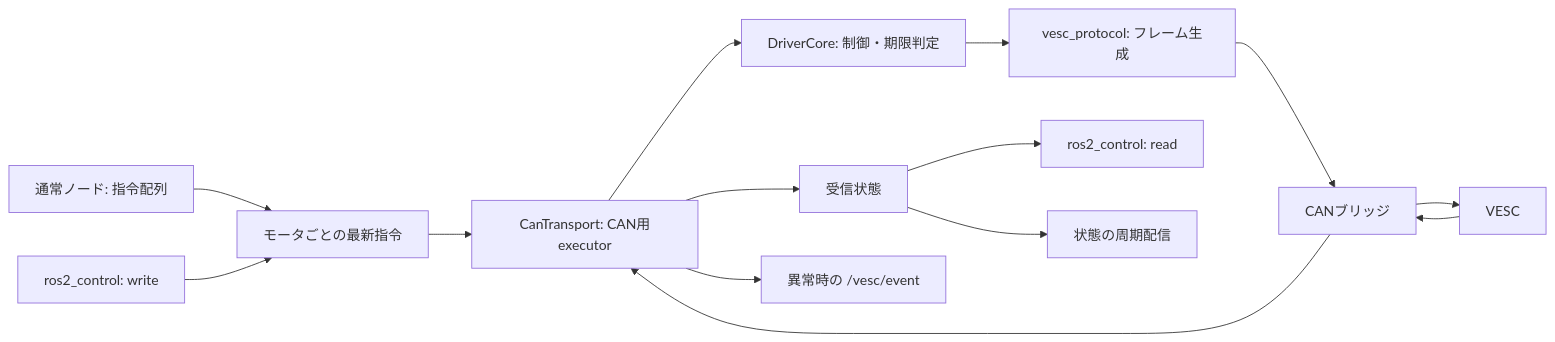
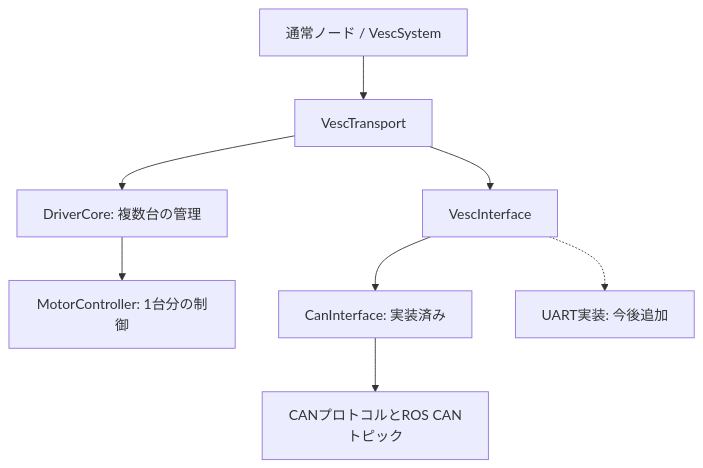
Before and after one commit to ryo-0723/vesc_can_ros2_control: the diagram in docs/architecture.md, drawn with Mermaid. The commit also changed other lines of this file and 34 other files, not shown here.

````diff
--- a/docs/architecture.md
+++ b/docs/architecture.md
@@ -50,16 +25,10 @@
 ```mermaid
-flowchart LR
-  N[通常ノード: 指令配列] --> M[モータごとの最新指令]
-  H[ros2_control: write] --> M
-  M --> T[CanTransport: CAN用executor]
-  T --> D[DriverCore: 制御・期限判定]
-  D --> P[vesc_protocol: フレーム生成]
-  P --> B[CANブリッジ]
-  B --> V[VESC]
-  V --> B
-  B --> T
-  T --> S[受信状態]
-  S --> R[ros2_control: read]
-  S --> U[状態の周期配信]
-  T --> E[異常時の /vesc/event]
+flowchart TD
+  N[通常ノード / VescSystem] --> T[VescTransport]
+  T --> D[DriverCore: 複数台の管理]
+  D --> M[MotorController: 1台分の制御]
+  T --> I[VescInterface]
+  I --> C[CanInterface: 実装済み]
+  I -.-> U[UART実装: 今後追加]
+  C --> P[CANプロトコルとROS CANトピック]
 ```
````
